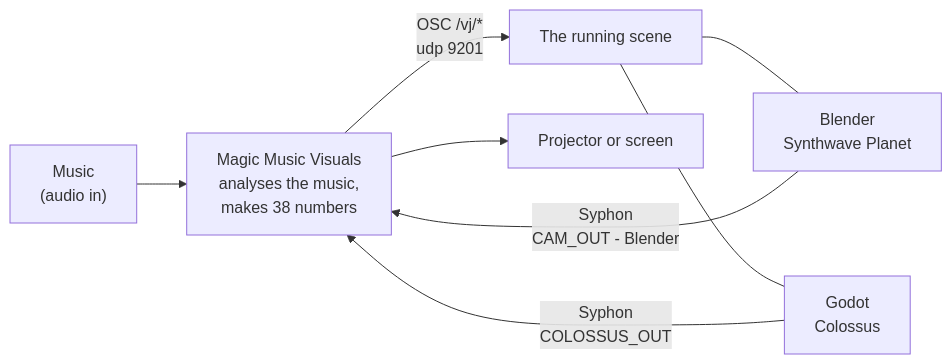
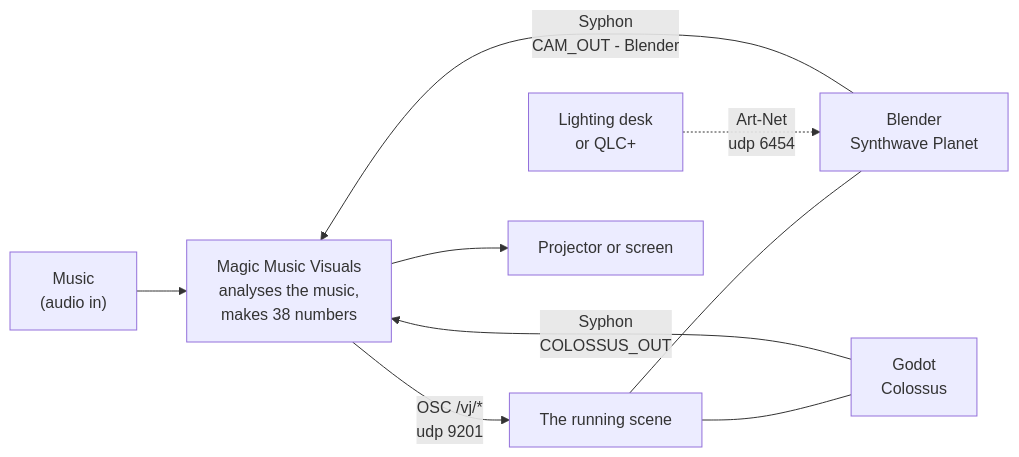
One commit to abossard/bossi3dj changed the diagram in README.md. Above: the diagram before and after it, drawn with Mermaid. The commit also changed other lines of this file and 7 other files, not shown here.

Commit message:
Art-Net on the page and in the handbook and README; Flight skim picture in the gallery; handbook corrections from the live proof

````diff
--- a/README.md
+++ b/README.md
@@ -14,10 +14,11 @@
 ```mermaid
 flowchart LR
     A["Music<br/>(audio in)"] --> B["Magic Music Visuals<br/>analyses the music,<br/>makes 38 numbers"]
     B -->|"OSC /vj/*<br/>udp 9201"| C["The running scene"]
     C --- D["Blender<br/>Synthwave Planet"]
     C --- E["Godot<br/>Colossus"]
     D -->|"Syphon<br/>CAM_OUT - Blender"| B
+    L["Lighting desk<br/>or QLC+"] -.->|"Art-Net<br/>udp 6454"| D
     E -->|"Syphon<br/>COLOSSUS_OUT"| B
     B --> F["Projector or screen"]
 ```
````
